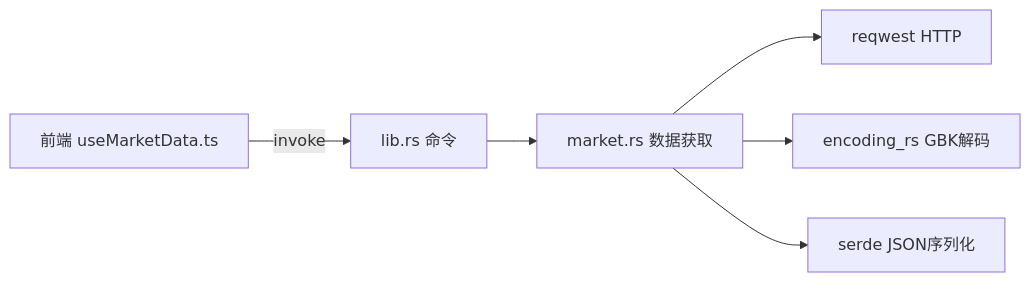
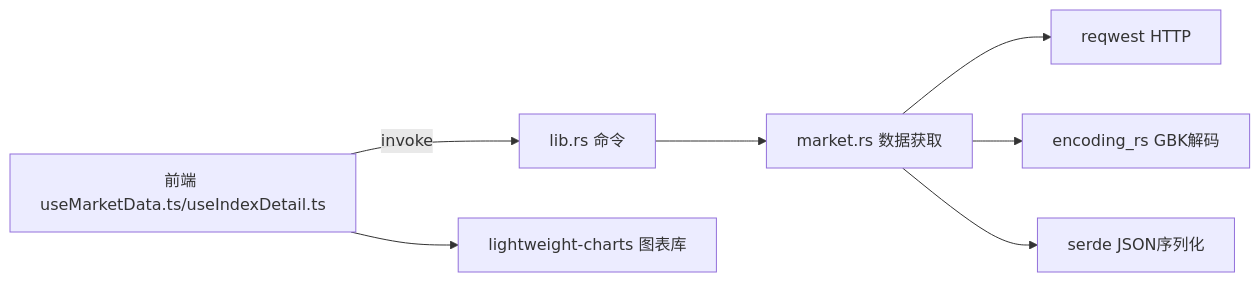
One commit to jiashaoying/hq-kanban-app changed the fourth of 4 diagrams in .qoder/repowiki/zh/content/后端开发/市场数据模块.md. Above: the diagram before and after it, drawn with Mermaid. The commit also changed other lines of this file and 7 other files, not shown here.

````diff
--- a/.qoder/repowiki/zh/content/后端开发/市场数据模块.md
+++ b/.qoder/repowiki/zh/content/后端开发/市场数据模块.md
@@ -224,8 +289,9 @@
 ```mermaid
 graph LR
-FE["前端 useMarketData.ts"] --> |invoke| Tauri["lib.rs 命令"]
+FE["前端 useMarketData.ts/useIndexDetail.ts"] --> |invoke| Tauri["lib.rs 命令"]
 Tauri --> RS["market.rs 数据获取"]
 RS --> Reqwest["reqwest HTTP"]
 RS --> Encoding["encoding_rs GBK解码"]
 RS --> Serde["serde JSON序列化"]
+FE --> Charts["lightweight-charts 图表库"]
 ```
````
